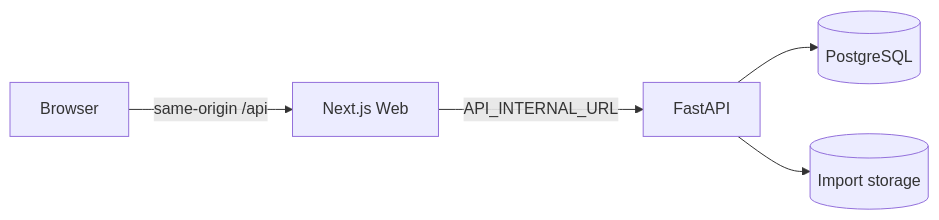
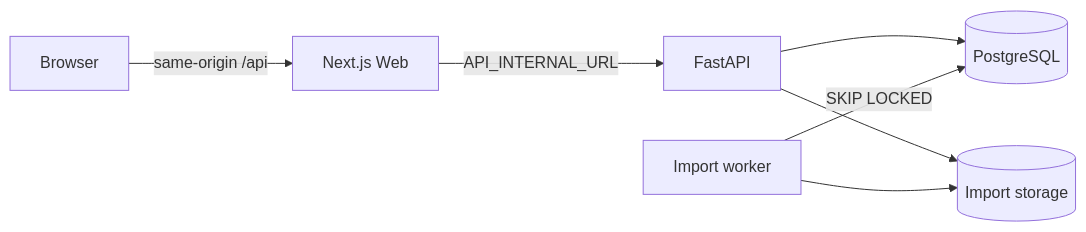
One commit to foolkking/chat-reader changed the diagram in docs/architecture.md. Above: the diagram before and after it, drawn with Mermaid. The commit also changed other lines of this file and 40 other files, not shown here.

Commit message:
Add durable import worker and fix fenced code

````diff
--- a/docs/architecture.md
+++ b/docs/architecture.md
@@ -5,7 +5,9 @@
 ```mermaid
 flowchart LR
   B[Browser] -->|same-origin /api| W[Next.js Web]
   W -->|API_INTERNAL_URL| A[FastAPI]
   A --> P[(PostgreSQL)]
   A --> S[(Import storage)]
+  Q[Import worker] -->|SKIP LOCKED| P
+  Q --> S
 ```
````
